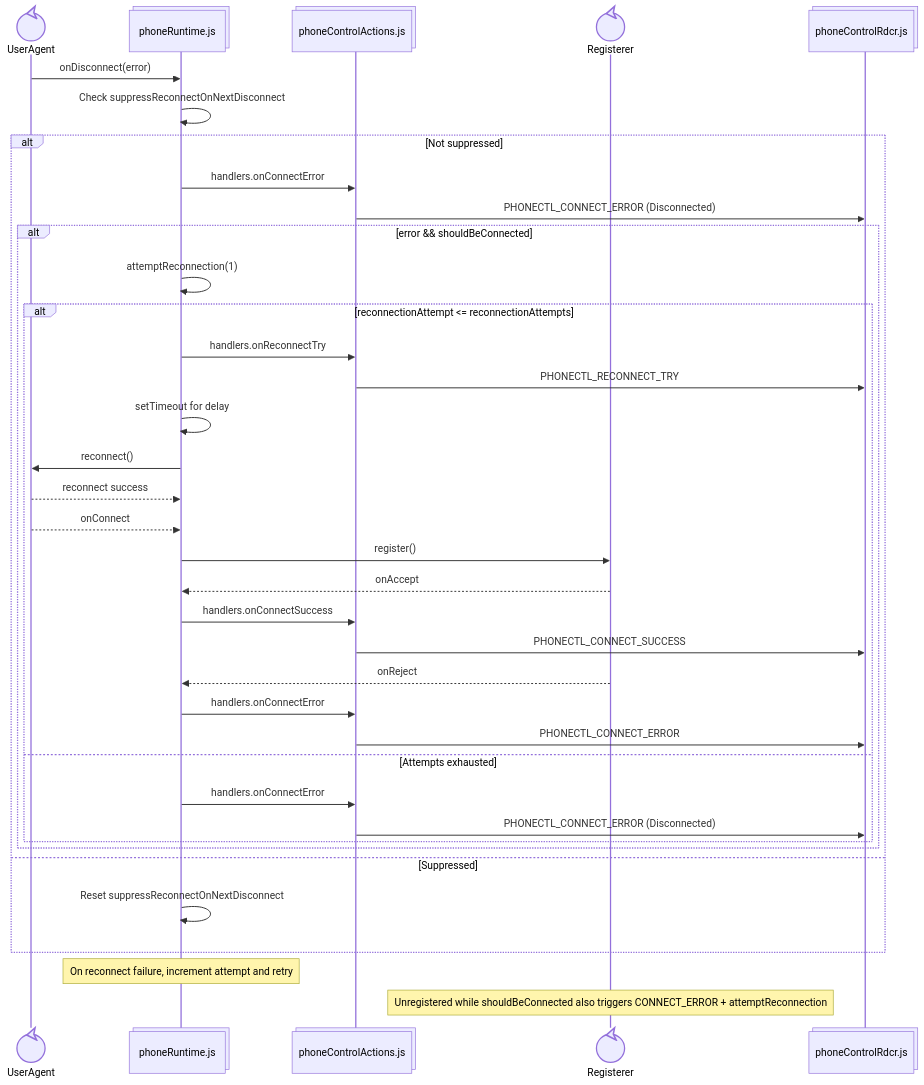
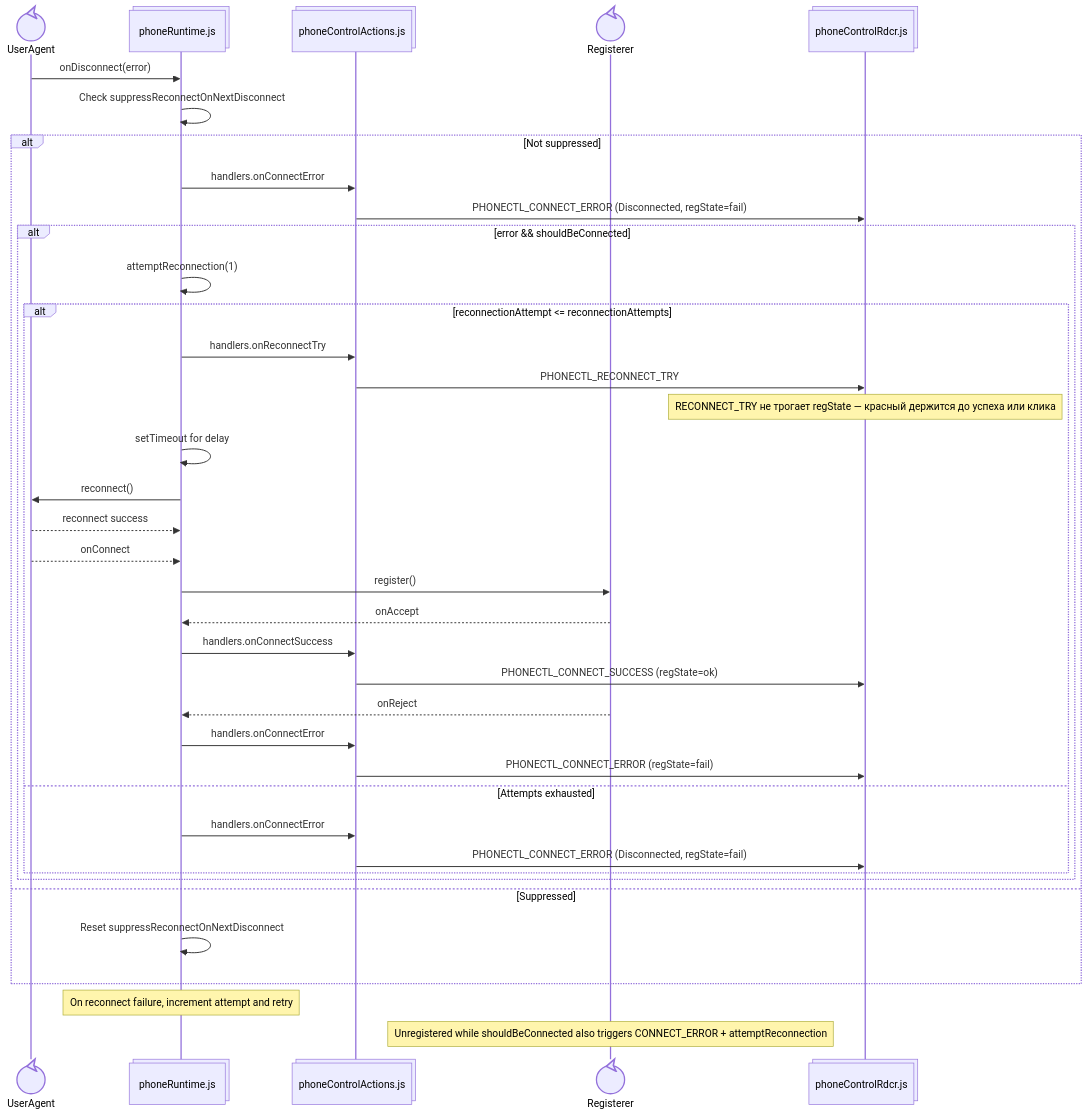
Before and after one commit to ars-anosov/sipjs-react: the fifth of 9 diagrams in docs/STATE.md, drawn with Mermaid. The commit also changed other lines of this file and 24 other files, not shown here.

````diff
--- a/docs/STATE.md
+++ b/docs/STATE.md
@@ -182,40 +186,41 @@
 ```mermaid
 sequenceDiagram
   participant UserAgent@{ "type" : "control" }
   participant Runtime@{ "type" : "collections", "alias": "phoneRuntime.js" }
   participant Action@{ "type" : "collections", "alias": "phoneControlActions.js" }
   participant Registerer@{ "type" : "control" }
   participant Dispatch@{ "type" : "collections", "alias": "phoneControlRdcr.js" }
 
   UserAgent->>Runtime: onDisconnect(error)
   Runtime->>Runtime: Check suppressReconnectOnNextDisconnect
   alt Not suppressed
     Runtime->>Action: handlers.onConnectError
-    Action->>Dispatch: PHONECTL_CONNECT_ERROR (Disconnected)
+    Action->>Dispatch: PHONECTL_CONNECT_ERROR (Disconnected, regState=fail)
     alt error && shouldBeConnected
       Runtime->>Runtime: attemptReconnection(1)
       alt reconnectionAttempt <= reconnectionAttempts
         Runtime->>Action: handlers.onReconnectTry
         Action->>Dispatch: PHONECTL_RECONNECT_TRY
+        Note over Dispatch: RECONNECT_TRY не трогает regState — красный держится до успеха или клика
         Runtime->>Runtime: setTimeout for delay
         Runtime->>UserAgent: reconnect()
         UserAgent-->>Runtime: reconnect success
         UserAgent-->>Runtime: onConnect
         Runtime->>Registerer: register()
         Registerer-->>Runtime: onAccept
         Runtime->>Action: handlers.onConnectSuccess
-        Action->>Dispatch: PHONECTL_CONNECT_SUCCESS
+        Action->>Dispatch: PHONECTL_CONNECT_SUCCESS (regState=ok)
         Registerer-->>Runtime: onReject
         Runtime->>Action: handlers.onConnectError
-        Action->>Dispatch: PHONECTL_CONNECT_ERROR
+        Action->>Dispatch: PHONECTL_CONNECT_ERROR (regState=fail)
       else Attempts exhausted
         Runtime->>Action: handlers.onConnectError
-        Action->>Dispatch: PHONECTL_CONNECT_ERROR (Disconnected)
+        Action->>Dispatch: PHONECTL_CONNECT_ERROR (Disconnected, regState=fail)
       end
     end
   else Suppressed
     Runtime->>Runtime: Reset suppressReconnectOnNextDisconnect
   end
   Note over Runtime: On reconnect failure, increment attempt and retry
   Note over Registerer: Unregistered while shouldBeConnected also triggers CONNECT_ERROR + attemptReconnection
 ```
````
